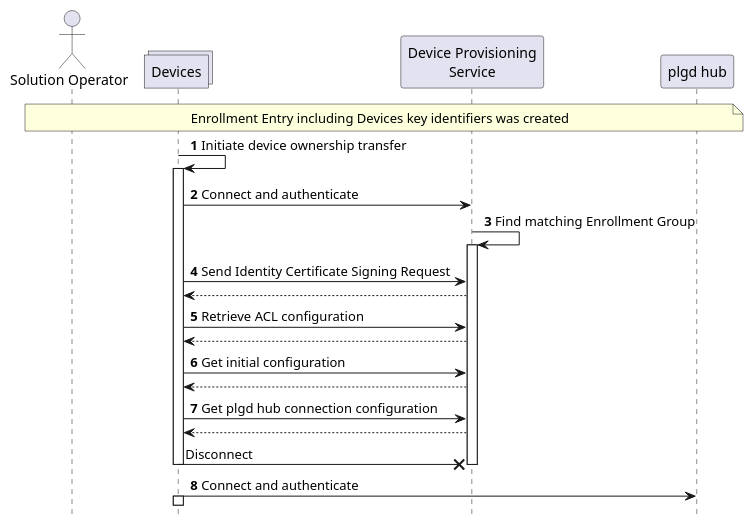
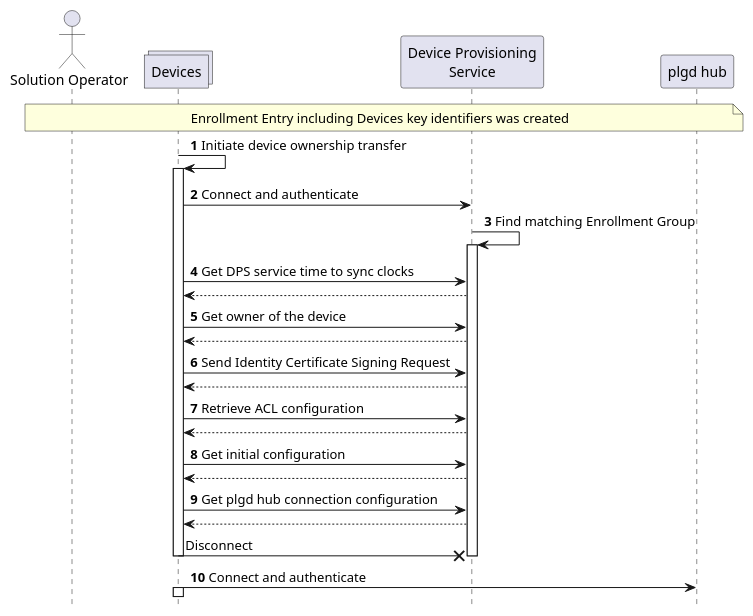
One commit to plgd-dev/doc changed the diagram in content/en/docs/device-provisioning-service/overview.md. Above: the diagram before and after it, drawn with PlantUML. The commit also changed other lines of this file and 1 other file, not shown here.

Commit message:
doc: sync time with dps

```diff
--- a/content/en/docs/device-provisioning-service/overview.md
+++ b/content/en/docs/device-provisioning-service/overview.md
@@ -51,35 +50,39 @@
 {{< plantuml id="dps-overview" >}}
 @startuml
 skinparam backgroundColor transparent
 hide footbox
 
 actor "Solution Operator" as op
 collections "Devices" as d
 participant "Device Provisioning\nService" as dps
 participant "plgd hub" as hub
 
 note over op, hub
 Enrollment Entry including Devices key identifiers was created
 end note
 d -> d: **1** Initiate device ownership transfer
 activate d
 d -> dps: **2** Connect and authenticate
 dps -> dps: **3** Find matching Enrollment Group
 activate dps
-d -> dps: **4** Send Identity Certificate Signing Request
+d -> dps: **4** Get DPS service time to sync clocks
 dps --> d
-d -> dps: **5** Retrieve ACL configuration
+d -> dps: **5** Get owner of the device
 dps --> d
-d -> dps: **6** Get initial configuration
+d -> dps: **6** Send Identity Certificate Signing Request
 dps --> d
-d -> dps: **7** Get plgd hub connection configuration
+d -> dps: **7** Retrieve ACL configuration
+dps --> d
+d -> dps: **8** Get initial configuration
+dps --> d
+d -> dps: **9** Get plgd hub connection configuration
 dps --> d
 d ->x dps: Disconnect
 deactivate dps
 deactivate d
-d -> hub: **8** Connect and authenticate
+d -> hub: **10** Connect and authenticate
 activate d
 
 @enduml
 
 {{< /plantuml >}}
```
